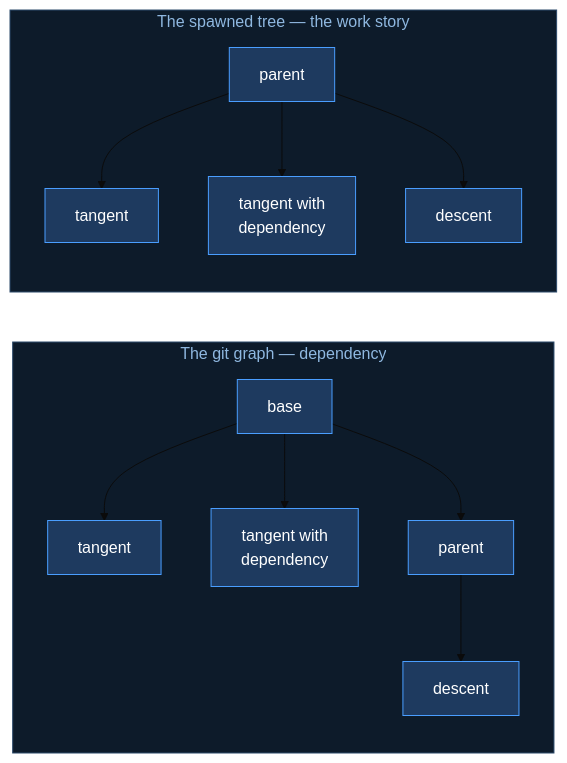
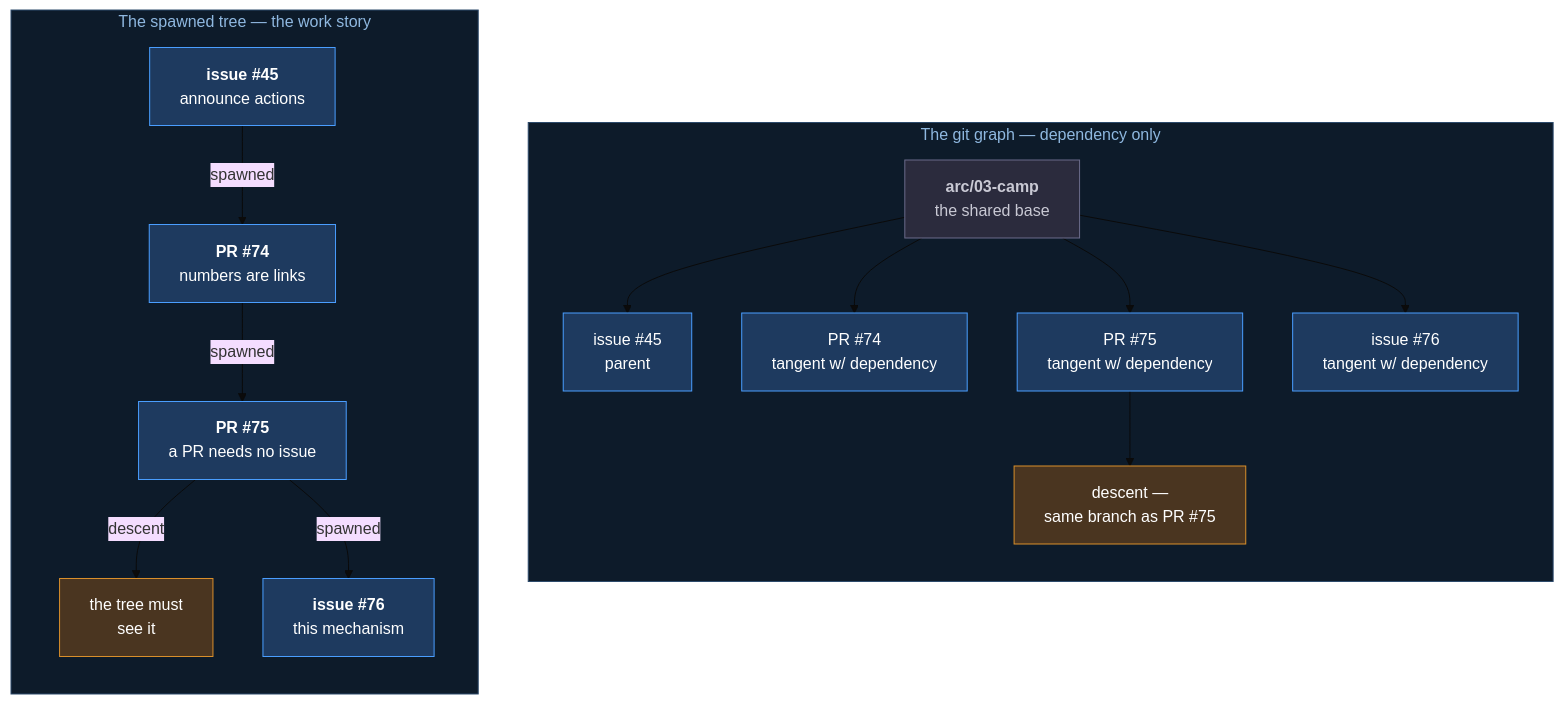
One commit to Calyx-Engineering/arc changed the first of 2 diagrams in docs/product-architecture/mechanisms/m46-work-navigation.md. Above: the diagram before and after it, drawn with Mermaid (base theme). The commit also changed other lines of this file and 2 other files, not shown here.

````diff
--- a/docs/product-architecture/mechanisms/m46-work-navigation.md
+++ b/docs/product-architecture/mechanisms/m46-work-navigation.md
@@ -85,19 +104,28 @@
 ```mermaid
-flowchart LR
-    subgraph G[" The git graph — dependency "]
+flowchart TB
+    subgraph G[" The git graph — dependency only "]
         direction TB
-        B1["base"] --> T1["tangent"]
-        B1 --> T2["tangent with<br/>dependency"]
-        B1 --> P1["parent"] --> D1["descent"]
+        GB["<b>arc/03-camp</b><br/>the shared base"]
+        GB --> G45["issue #45<br/>parent"]
+        GB --> G74["PR #74<br/>tangent w/ dependency"]
+        GB --> G75["PR #75<br/>tangent w/ dependency"]
+        G75 --> GD["descent —<br/>same branch as PR #75"]
+        GB --> G76["issue #76<br/>tangent w/ dependency"]
     end
     subgraph W[" The spawned tree — the work story "]
         direction TB
-        P2["parent"] --> T3["tangent"]
-        P2 --> T4["tangent with<br/>dependency"]
-        P2 --> D2["descent"]
+        W45["<b>issue #45</b><br/>announce actions"]
+        W45 -->|spawned| W74["<b>PR #74</b><br/>numbers are links"]
+        W74 -->|spawned| W75["<b>PR #75</b><br/>a PR needs no issue"]
+        W75 -->|descent| WD["the tree must<br/>see it"]
+        W75 -->|spawned| W76["<b>issue #76</b><br/>this mechanism"]
     end
     classDef n fill:#1e3a5f,stroke:#4a9eff,color:#fff
-    class B1,T1,T2,P1,D1,P2,T3,T4,D2 n
+    classDef b fill:#2b2b3d,stroke:#6b6b8a,color:#c9c9d4
+    classDef d fill:#4a3520,stroke:#d98f2b,color:#fff
+    class G45,G74,G75,G76,W45,W74,W75,W76 n
+    class GB b
+    class GD,WD d
     style G fill:#0d1b2a,stroke:#2c4a6b,color:#8fb8e0
     style W fill:#0d1b2a,stroke:#2c4a6b,color:#8fb8e0
 ```
````
